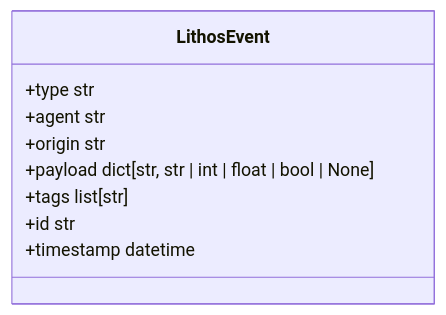
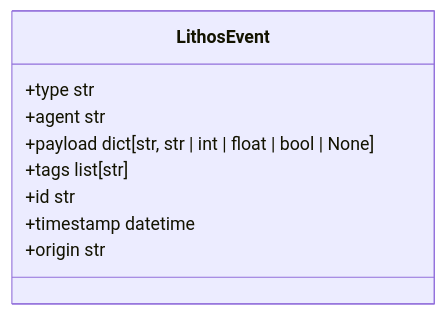
Before and after one commit to agent-lore/lithos: the third of 8 diagrams in docs/generated/domain_model.md, drawn with Mermaid. The commit also changed other lines of this file and 4 other files, not shown here.

````diff
--- a/docs/generated/domain_model.md
+++ b/docs/generated/domain_model.md
@@ -98,12 +98,12 @@
 ```mermaid
 classDiagram
   class LithosEvent {
     +type str
     +agent str
-    +origin str
     +payload dict[str, str | int | float | bool | None]
     +tags list[str]
     +id str
     +timestamp datetime
+    +origin str
   }
 ```
````
